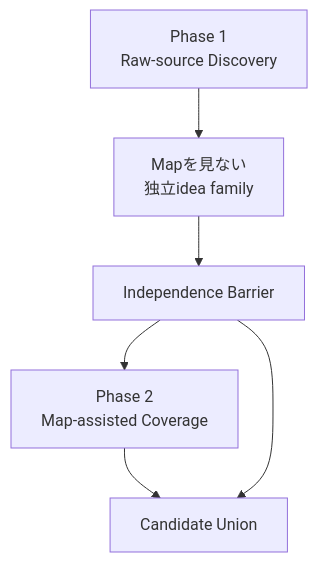
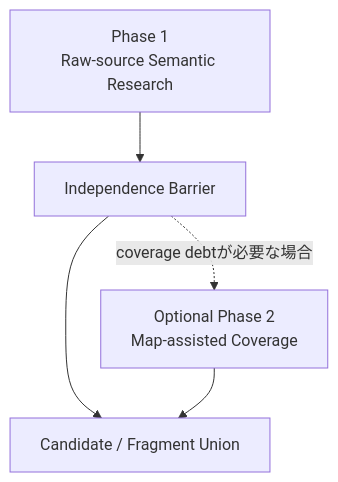
The second of 4 diagrams in docs/design/architecture/autonomous-research-loop.md (momoponwork1415-lgtm/wordpress-harness), drawn with Mermaid before and after one commit. The commit also changed other lines of this file, not shown here.

Commit message:
Make semantic research the normal loop

````diff
--- a/docs/design/architecture/autonomous-research-loop.md
+++ b/docs/design/architecture/autonomous-research-loop.md
@@ -46,11 +30,10 @@
 ```mermaid
 flowchart TB
-    raw["Phase 1<br/>Raw-source Discovery"]
-    blind["Mapを見ない<br/>独立idea family"]
+    raw["Phase 1<br/>Raw-source Semantic Research"]
     barrier["Independence Barrier"]
-    mapped["Phase 2<br/>Map-assisted Coverage"]
-    union["Candidate Union"]
+    mapped["Optional Phase 2<br/>Map-assisted Coverage"]
+    union["Candidate / Fragment Union"]
 
-    raw --> blind --> barrier --> mapped --> union
-    barrier --> union
+    raw --> barrier --> union
+    barrier -. "coverage debtが必要な場合" .-> mapped --> union
 ```
````
